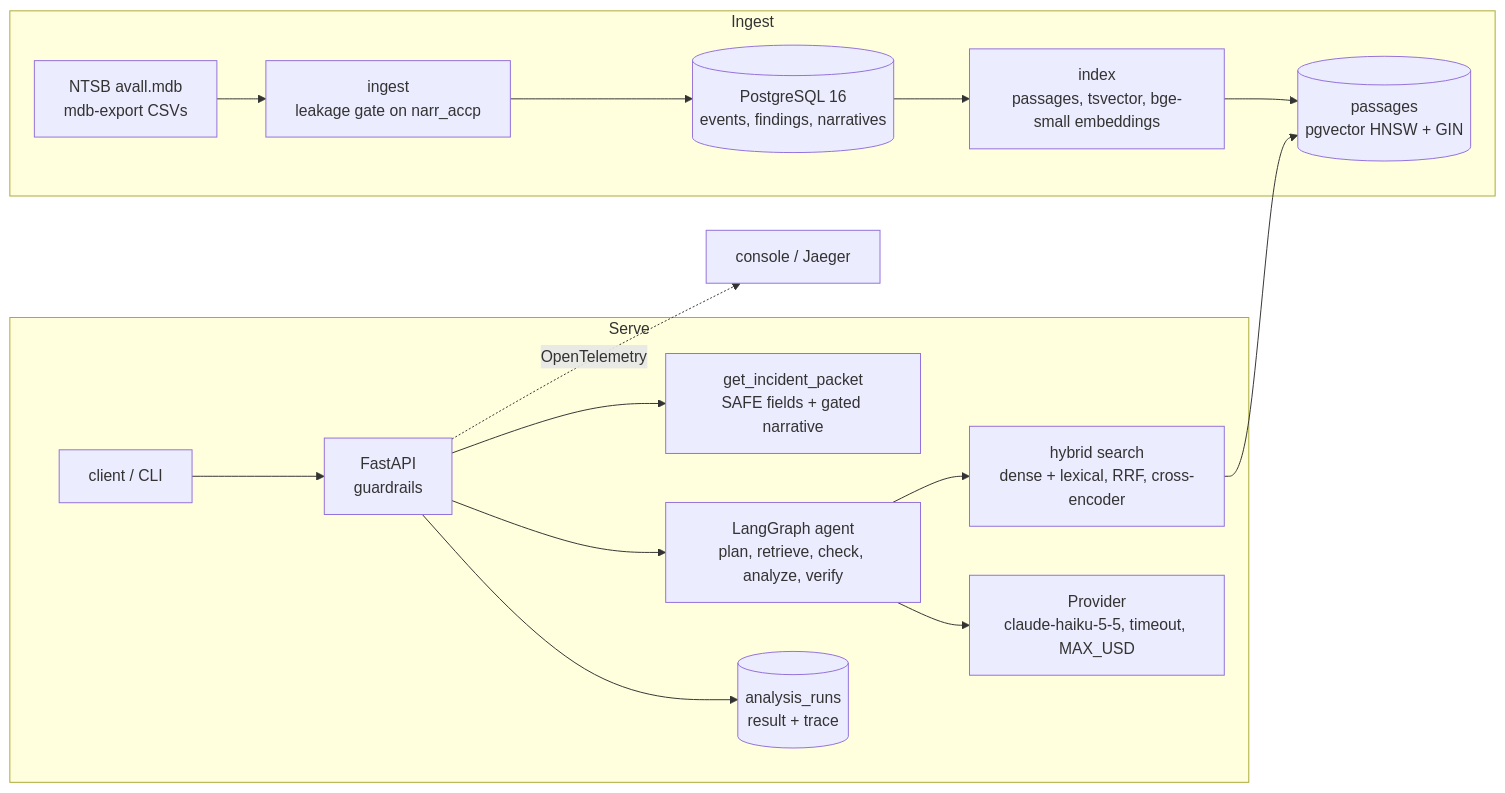
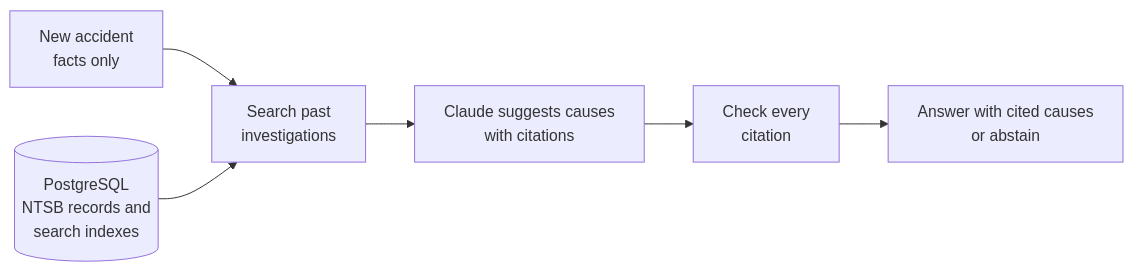
The diagram in README.md (mihir1708/cause-trace), drawn with Mermaid before and after one commit. The commit also changed other lines of this file and 8 other files, not shown here.

````diff
--- a/README.md
+++ b/README.md
@@ -16,19 +37,8 @@
 ```mermaid
 flowchart LR
-    subgraph Ingest
-        MDB[NTSB avall.mdb<br/>mdb-export CSVs] --> ING[ingest<br/>leakage gate on narr_accp]
-        ING --> PG[(PostgreSQL 16<br/>events, findings, narratives)]
-        PG --> IDX[index<br/>passages, tsvector, bge-small embeddings]
-        IDX --> PASS[(passages<br/>pgvector HNSW + GIN)]
-    end
-    subgraph Serve
-        CLIENT[client / CLI] --> API[FastAPI<br/>guardrails]
-        API --> PKT[get_incident_packet<br/>SAFE fields + gated narrative]
-        API --> AG[LangGraph agent<br/>plan, retrieve, check, analyze, verify]
-        AG --> RET[hybrid search<br/>dense + lexical, RRF, cross-encoder]
-        RET --> PASS
-        AG --> LLM[Provider<br/>claude-haiku-5-5, timeout, MAX_USD]
-        API --> RUNS[(analysis_runs<br/>result + trace)]
-    end
-    API -. OpenTelemetry .-> OTEL[console / Jaeger]
+    A[New accident<br/>facts only] --> B[Search past<br/>investigations]
+    B --> C[Claude suggests causes<br/>with citations]
+    C --> D[Check every<br/>citation]
+    D --> E[Answer with cited causes<br/>or abstain]
+    DB[(PostgreSQL<br/>NTSB records and<br/>search indexes)] --> B
 ```
````
